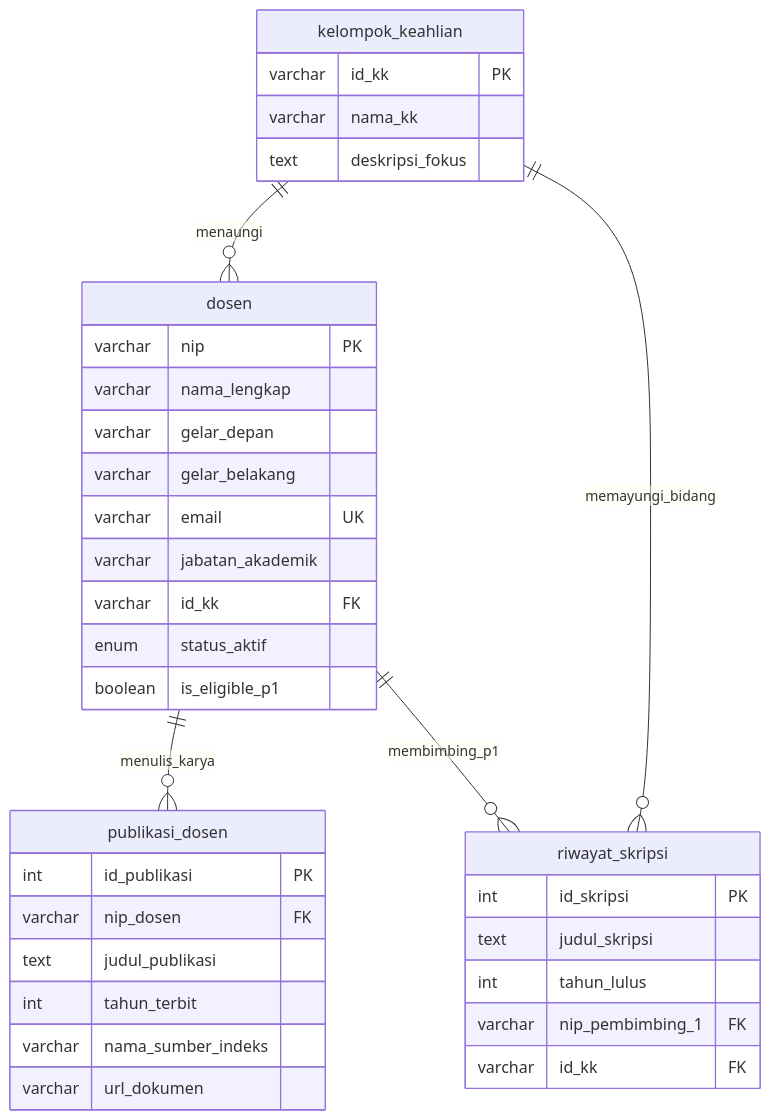
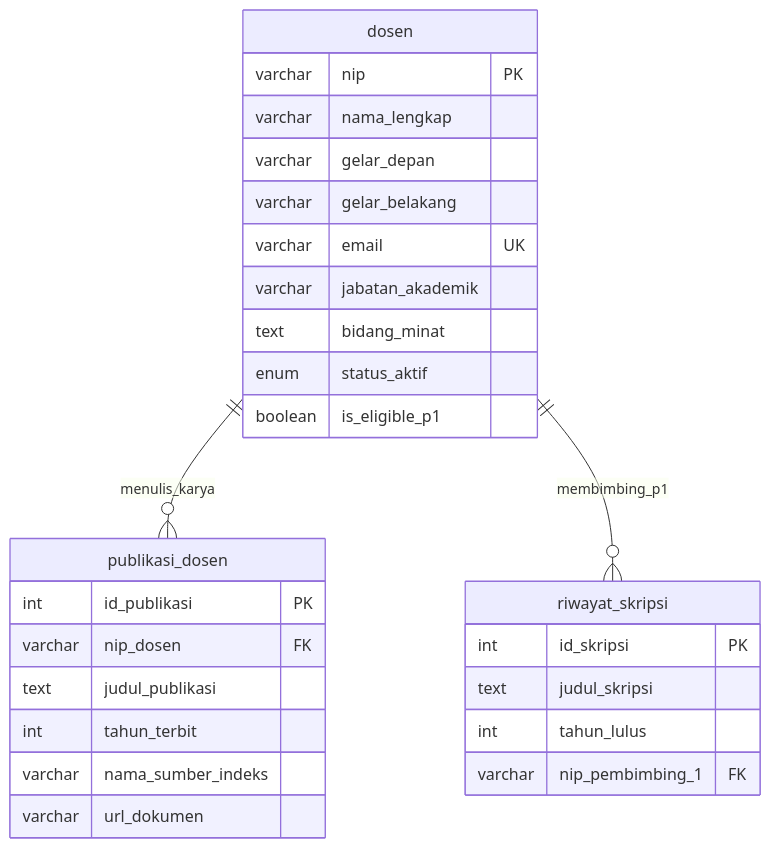
One commit to accfd/SI-REKTA changed the first of 2 diagrams in docs/SI-REKTA_PRD.md. Above: the diagram before and after it, drawn with Mermaid. The commit also changed other lines of this file and 1 other file, not shown here.

Commit message:
docs: sinkronkan PRD dan Progress Report 1 ke pencocokan langsung dosen dan modul panduan topik DSI 2025

````diff
--- a/docs/SI-REKTA_PRD.md
+++ b/docs/SI-REKTA_PRD.md
@@ -123,42 +121,33 @@
 ```mermaid
 erDiagram
-    kelompok_keahlian ||--o{ dosen : "menaungi"
-    kelompok_keahlian ||--o{ riwayat_skripsi : "memayungi_bidang"
     dosen ||--o{ publikasi_dosen : "menulis_karya"
     dosen ||--o{ riwayat_skripsi : "membimbing_p1"
-
-    kelompok_keahlian {
-        varchar id_kk PK
-        varchar nama_kk
-        text deskripsi_fokus
-    }
 
     dosen {
         varchar nip PK
         varchar nama_lengkap
         varchar gelar_depan
         varchar gelar_belakang
         varchar email UK
         varchar jabatan_akademik
-        varchar id_kk FK
+        text bidang_minat
         enum status_aktif
         boolean is_eligible_p1
     }
 
     publikasi_dosen {
         int id_publikasi PK
         varchar nip_dosen FK
         text judul_publikasi
         int tahun_terbit
         varchar nama_sumber_indeks
         varchar url_dokumen
     }
 
     riwayat_skripsi {
         int id_skripsi PK
         text judul_skripsi
         int tahun_lulus
         varchar nip_pembimbing_1 FK
-        varchar id_kk FK
     }
 ```
````
